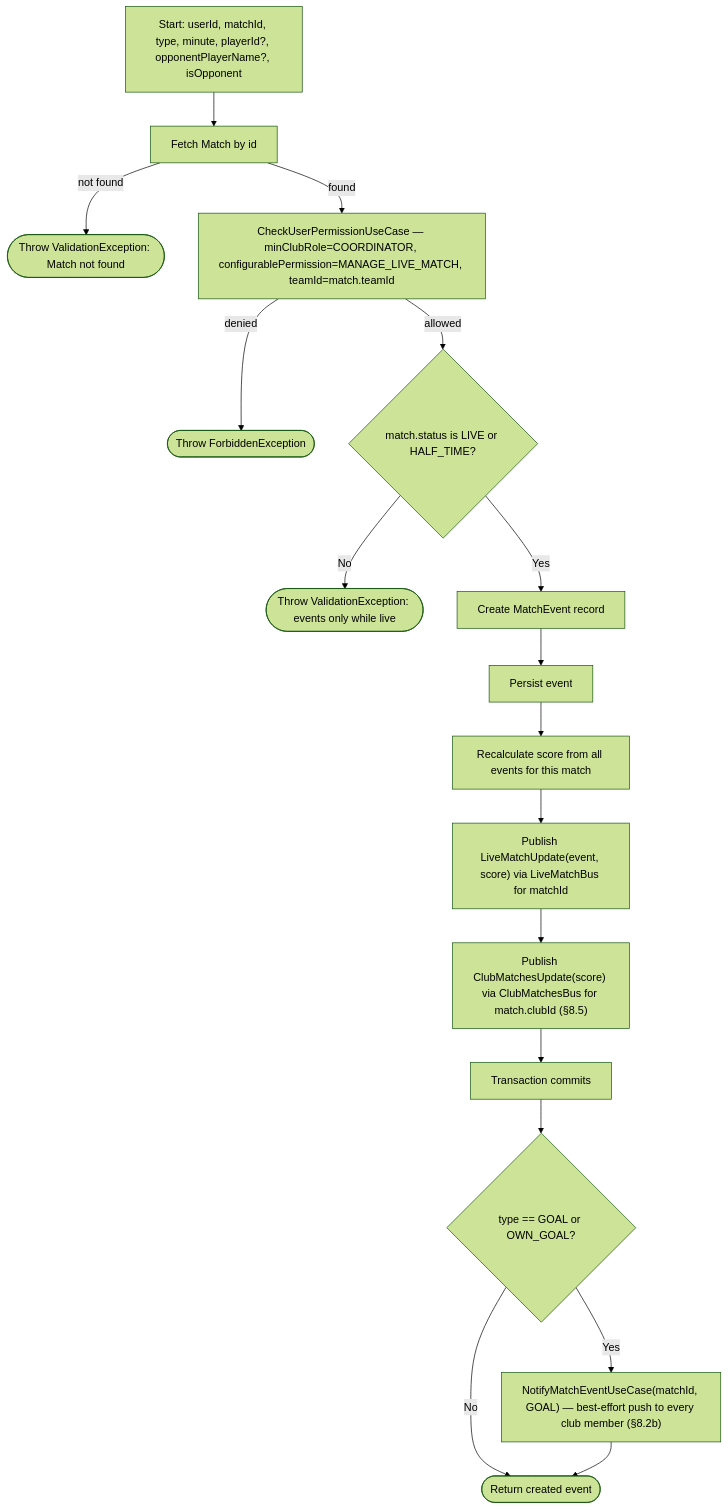
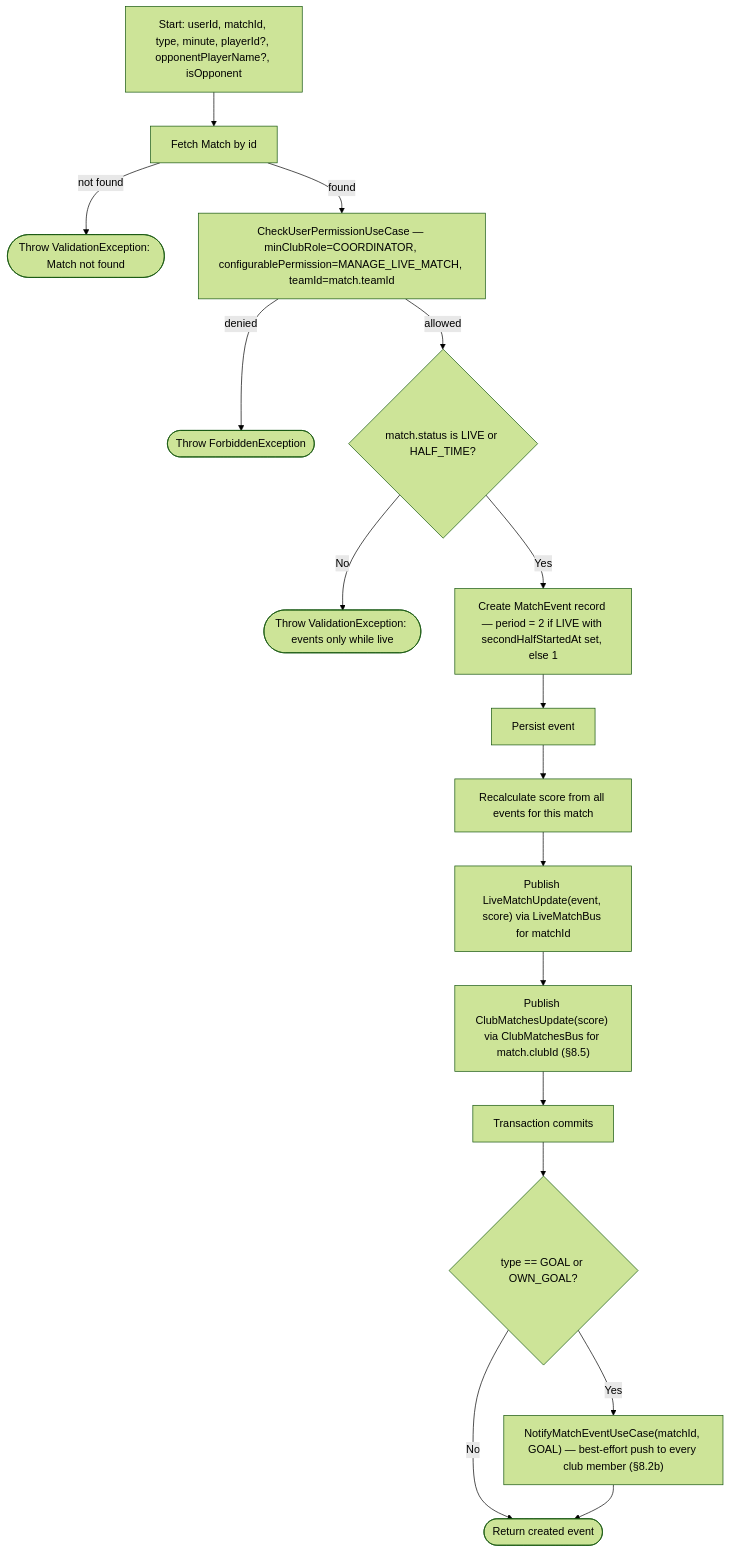
Before and after one commit to ricardofrango/squadify: diagram 44 of 60 in PROCESS_FLOWS.md, drawn with Mermaid (forest theme). The commit also changed other lines of this file and 9 other files, not shown here.

First line of the commit message:
Record the half each match event happened in

````diff
--- a/PROCESS_FLOWS.md
+++ b/PROCESS_FLOWS.md
@@ -981,19 +981,19 @@
 ```mermaid
 graph TD
     A[Start: userId, matchId, type, minute, playerId?, opponentPlayerName?, isOpponent] --> B[Fetch Match by id]
     B -- not found --> V(["Throw ValidationException: Match not found"])
     B -- found --> C[CheckUserPermissionUseCase — minClubRole=COORDINATOR, configurablePermission=MANAGE_LIVE_MATCH, teamId=match.teamId]
     C -- denied --> F(["Throw ForbiddenException"])
     C -- allowed --> LV{"match.status is LIVE or HALF_TIME?"}
     LV -- No --> VL(["Throw ValidationException: events only while live"])
-    LV -- Yes --> D[Create MatchEvent record]
+    LV -- Yes --> D["Create MatchEvent record — period = 2 if LIVE with secondHalfStartedAt set, else 1"]
     D --> E[Persist event]
     E --> G["Recalculate score from all events for this match"]
     G --> H["Publish LiveMatchUpdate(event, score) via LiveMatchBus for matchId"]
     H --> H2["Publish ClubMatchesUpdate(score) via ClubMatchesBus for match.clubId (§8.5)"]
     H2 --> I["Transaction commits"]
     I --> J{"type == GOAL or OWN_GOAL?"}
     J -- Yes --> K["NotifyMatchEventUseCase(matchId, GOAL) — best-effort push to every club member (§8.2b)"]
     J -- No --> Z
     K --> Z(["Return created event"])
 ```
````
